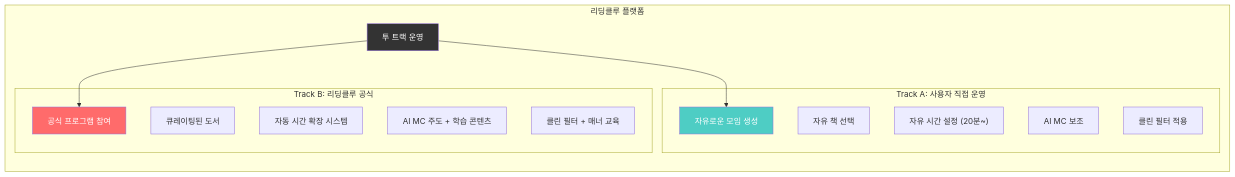
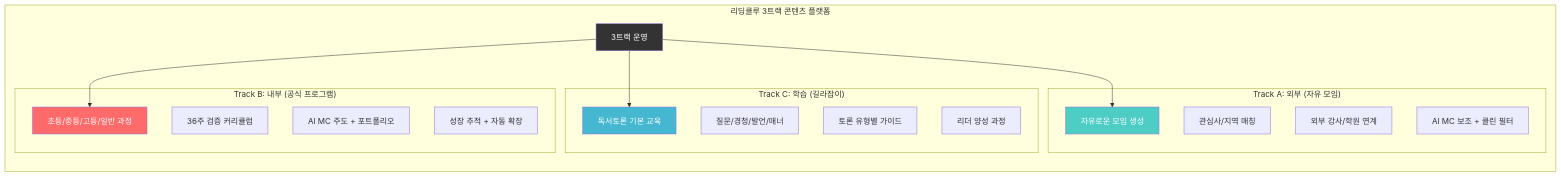
Diagram 35 of 36 in 아이디어/5단계-리딩클루_콘텐츠중심_설계.md (Collegenie-X/ReadingClueProject), drawn with Mermaid before and after one commit. The commit also changed other lines of this file, not shown here.

````diff
--- a/아이디어/5단계-리딩클루_콘텐츠중심_설계.md
+++ b/아이디어/5단계-리딩클루_콘텐츠중심_설계.md
@@ -1066,30 +1612,37 @@
 ```mermaid
 graph TD
-    subgraph "리딩클루 플랫폼"
+    subgraph "리딩클루 3트랙 콘텐츠 플랫폼"
         direction TB
-        T["투 트랙 운영"]
+        T["3트랙 운영"]
 
-        subgraph "Track A: 사용자 직접 운영"
-            A1["자유로운 모임 생성"]
-            A2["자유 책 선택"]
-            A3["자유 시간 설정 (20분~)"]
-            A4["AI MC 보조"]
-            A5["클린 필터 적용"]
+        subgraph "Track C: 학습 (길라잡이)"
+            C1["독서토론 기본 교육"]
+            C2["질문/경청/발언/매너"]
+            C3["토론 유형별 가이드"]
+            C4["리더 양성 과정"]
         end
 
-        subgraph "Track B: 리딩클루 공식"
-            B1["공식 프로그램 참여"]
-            B2["큐레이팅된 도서"]
-            B3["자동 시간 확장 시스템"]
-            B4["AI MC 주도 + 학습 콘텐츠"]
-            B5["클린 필터 + 매너 교육"]
+        subgraph "Track A: 외부 (자유 모임)"
+            A1["자유로운 모임 생성"]
+            A2["관심사/지역 매칭"]
+            A3["외부 강사/학원 연계"]
+            A4["AI MC 보조 + 클린 필터"]
+        end
+
+        subgraph "Track B: 내부 (공식 프로그램)"
+            B1["초등/중등/고등/일반 과정"]
+            B2["36주 검증 커리큘럼"]
+            B3["AI MC 주도 + 포트폴리오"]
+            B4["성장 추적 + 자동 확장"]
         end
     end
 
+    T --> C1
     T --> A1
     T --> B1
 
     style T fill:#333,color:#fff
+    style C1 fill:#45B7D1,color:#fff
     style A1 fill:#4ECDC4,color:#fff
     style B1 fill:#FF6B6B,color:#fff
 ```
````
